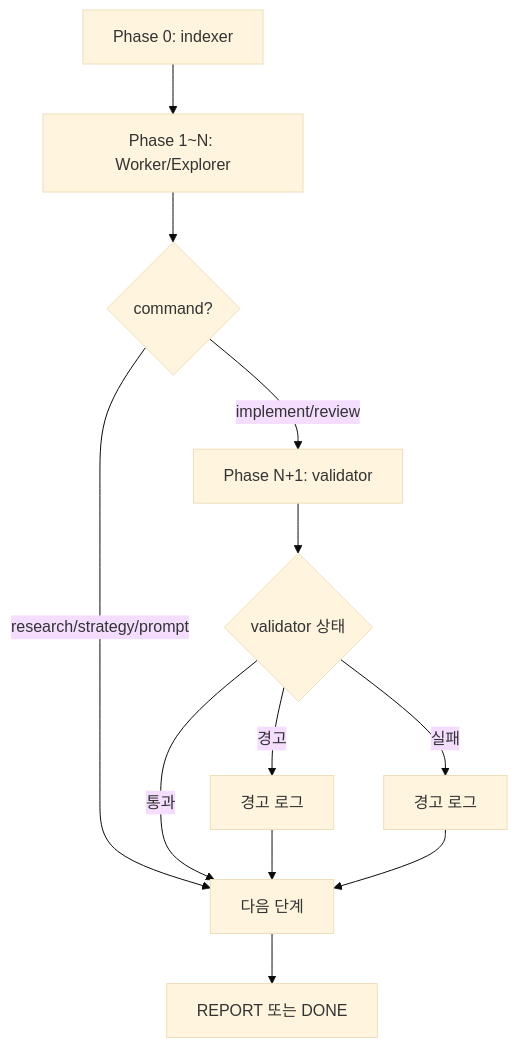
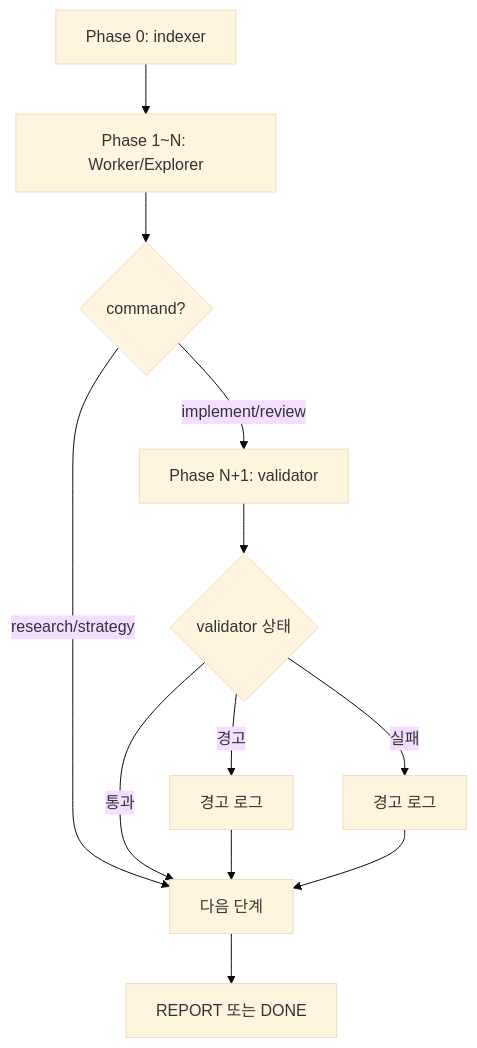
One commit to KoreanLeeChangHyun/claude-workflow changed the second of 2 diagrams in .claude/skills/workflow-agent-orchestration/step-work.md. Above: the diagram before and after it, drawn with Mermaid (base theme). The commit also changed other lines of this file and 8 other files, not shown here.

Commit message:
fix: 워크플로우 검증 보고서 기반 문서·코드 정합성 수정

````diff
--- a/.claude/skills/workflow-agent-orchestration/step-work.md
+++ b/.claude/skills/workflow-agent-orchestration/step-work.md
@@ -454,12 +453,12 @@
 ```mermaid
 flowchart TD
     P0[Phase 0: indexer] --> P1[Phase 1~N: Worker/Explorer]
     P1 --> CHECK{command?}
     CHECK -->|implement/review| VPH[Phase N+1: validator]
-    CHECK -->|research/strategy/prompt| NEXT[다음 단계]
+    CHECK -->|research/strategy| NEXT[다음 단계]
     VPH --> VR{validator 상태}
     VR -->|통과| NEXT
     VR -->|경고| LOG1[경고 로그] --> NEXT
     VR -->|실패| LOG2[경고 로그] --> NEXT
     NEXT --> DONE[REPORT 또는 DONE]
 ```
````
